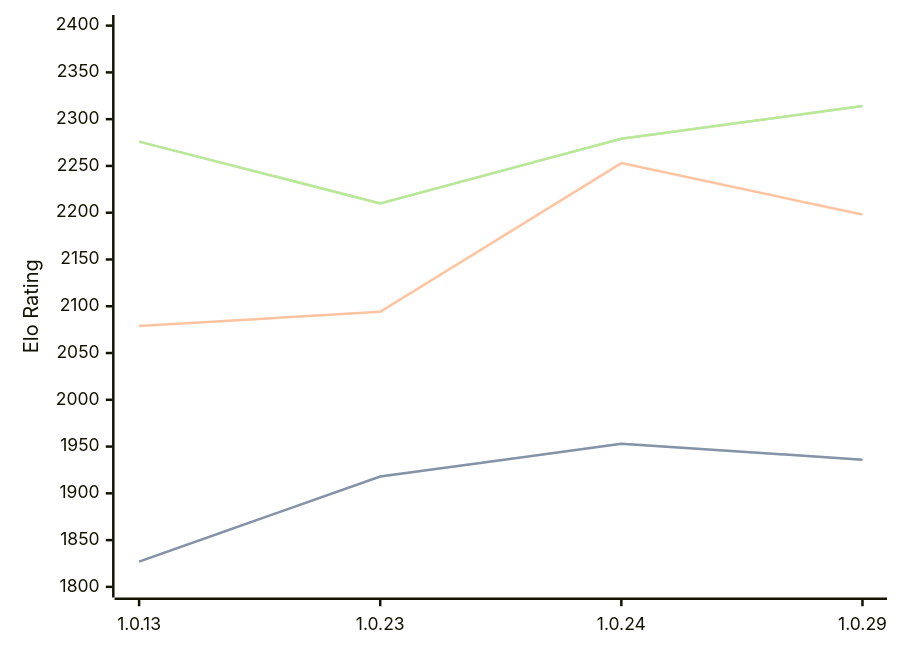
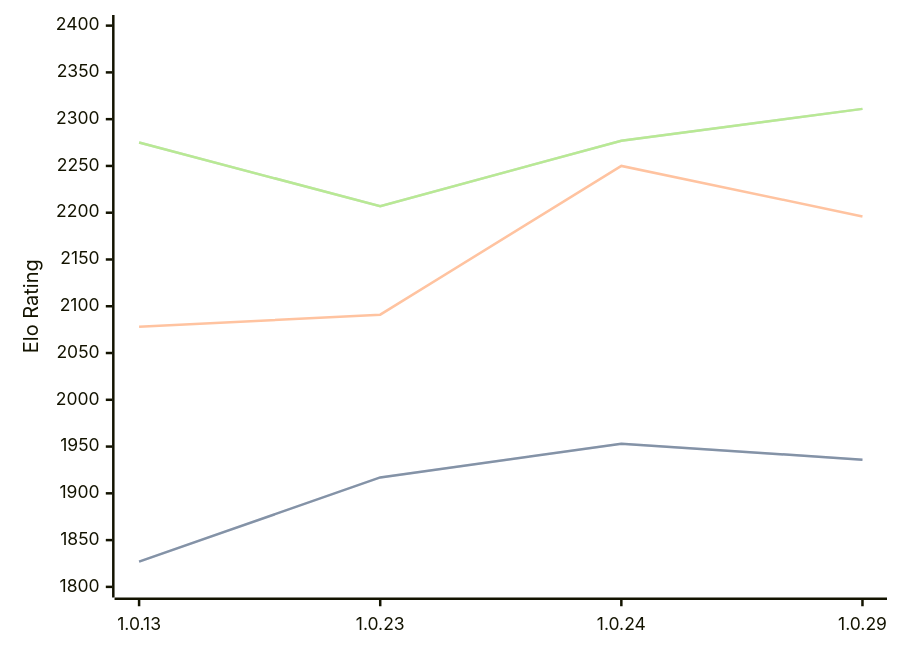
One commit to computer-chess-index/cci changed the diagram in engines/RustyRival.md. Above: the diagram before and after it, drawn with Mermaid. The commit also changed other lines of this file, not shown here.

Commit message:
Update CCI Ratings (ELO VLTC) - 2026-03-12

````diff
--- a/engines/RustyRival.md
+++ b/engines/RustyRival.md
@@ -59,11 +59,11 @@
 ```mermaid
 %%{init: {"theme":"base","themeVariables":{"seriesColors:['#a3a3a3','#222221','#faa371']}}}%%
 xychart-beta
   x-axis ["1.0.13", "1.0.23", "1.0.24", "1.0.29"]
   y-axis "Elo Rating" 1800 --> 2400
-  line "STC (8.0+0.08s)" [1827, 1918, 1953, 1936]
-  line "STC (8.0+0.08s)" [1827, 1918, 1953, 1936]
-  line "LTC (60.0+0.60s)" [2079, 2094, 2253, 2198]
-  line "VLTC (2m24s+1.12s)" [2276, 2210, 2279, 2314]
-  line "VLTC (2m24s+1.12s)" [2276, 2210, 2279, 2314]
+  line "STC (8.0+0.08s)" [1827, 1917, 1953, 1936]
+  line "STC (8.0+0.08s)" [1827, 1917, 1953, 1936]
+  line "LTC (60.0+0.60s)" [2078, 2091, 2250, 2196]
+  line "VLTC (2m24s+1.12s)" [2275, 2207, 2277, 2311]
+  line "VLTC (2m24s+1.12s)" [2275, 2207, 2277, 2311]
 ```
````
